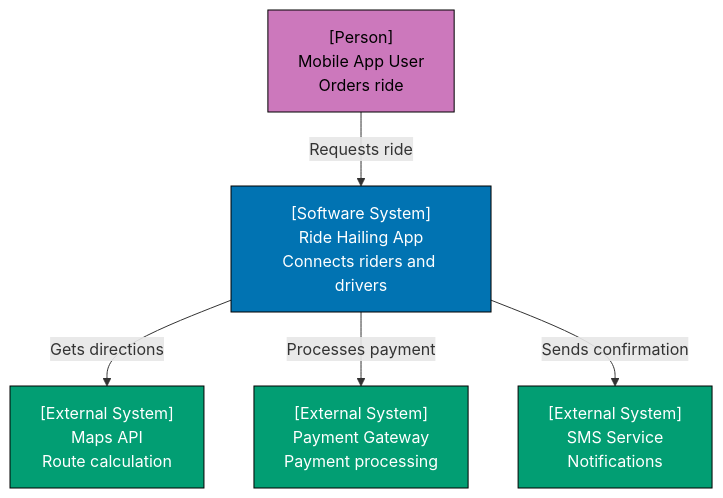
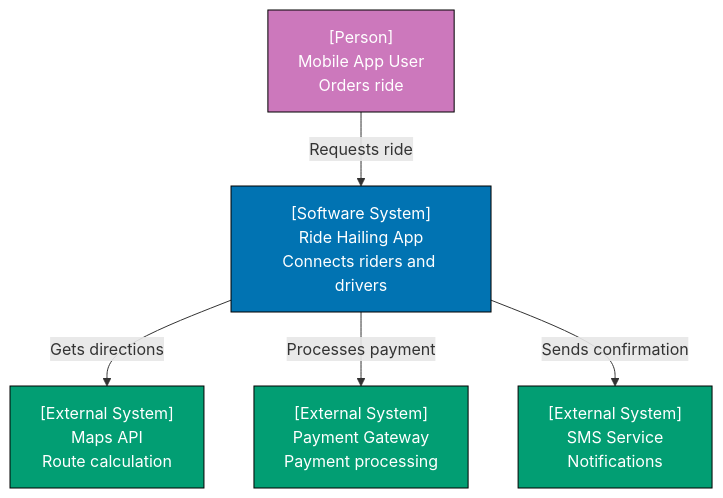
One commit to wahidyankf/open-sharia-enterprise changed the eighth of 30 diagrams in apps/ayokoding-web/content/en/learn/software-engineering/architecture/c4-architecture-model/by-example/beginner.md. Above: the diagram before and after it, drawn with Mermaid. The commit also changed other lines of this file and 61 other files, not shown here.

First line of the commit message:
fix(ayokoding-web): quote Mermaid node labels with special characters in Example 63

````diff
--- a/apps/ayokoding-web/content/en/learn/software-engineering/architecture/c4-architecture-model/by-example/beginner.md
+++ b/apps/ayokoding-web/content/en/learn/software-engineering/architecture/c4-architecture-model/by-example/beginner.md
@@ -259,21 +259,21 @@
 ```mermaid
 graph TD
     User["[Person]<br/>Mobile App User<br/>Orders ride"]
 
     RideApp["[Software System]<br/>Ride Hailing App<br/>Connects riders and drivers"]
 
     Maps["[External System]<br/>Maps API<br/>Route calculation"]
     Payment["[External System]<br/>Payment Gateway<br/>Payment processing"]
     SMS["[External System]<br/>SMS Service<br/>Notifications"]
 
     User -->|"Requests ride"| RideApp
     RideApp -->|"Gets directions"| Maps
     RideApp -->|"Processes payment"| Payment
     RideApp -->|"Sends confirmation"| SMS
 
-    style User fill:#CC78BC,stroke:#000,color:#000
+    style User fill:#CC78BC,stroke:#000,color:#fff
     style RideApp fill:#0173B2,stroke:#000,color:#fff
     style Maps fill:#029E73,stroke:#000,color:#fff
     style Payment fill:#029E73,stroke:#000,color:#fff
     style SMS fill:#029E73,stroke:#000,color:#fff
 ```
````
